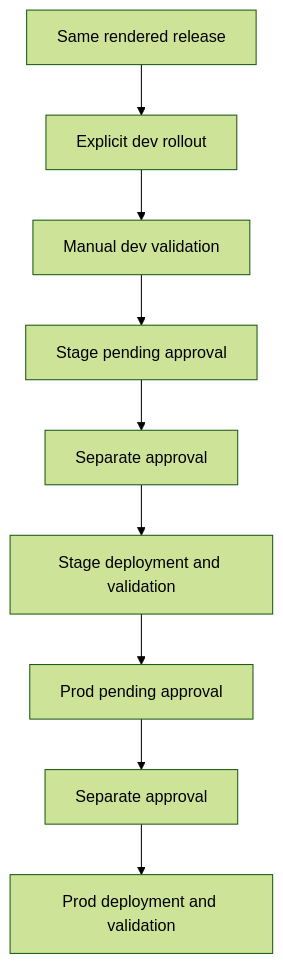
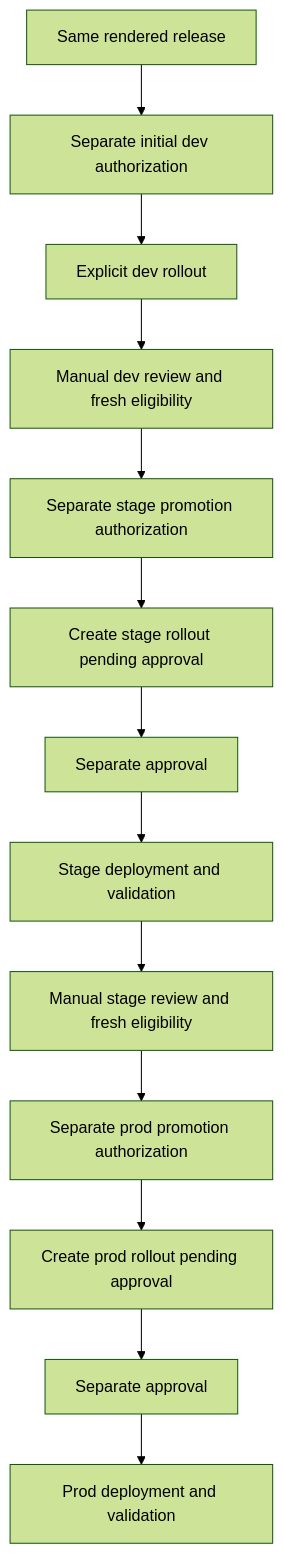
The third of 5 diagrams in docs/diagrams/README.md (DimitryZH/secure-delivery-platform), drawn with Mermaid (forest theme) before and after one commit. The commit also changed other lines of this file and 9 other files, not shown here.

````diff
--- a/docs/diagrams/README.md
+++ b/docs/diagrams/README.md
@@ -39,11 +39,15 @@
 ```mermaid
 flowchart TB
-    Release[Same rendered release] --> Dev[Explicit dev rollout]
-    Dev --> Review[Manual dev validation]
-    Review --> StagePending[Stage pending approval]
+    Release[Same rendered release] --> DevAuthorization[Separate initial dev authorization]
+    DevAuthorization --> Dev[Explicit dev rollout]
+    Dev --> Review[Manual dev review and fresh eligibility]
+    Review --> StageAuthorization[Separate stage promotion authorization]
+    StageAuthorization --> StagePending[Create stage rollout pending approval]
     StagePending --> StageApproval[Separate approval]
     StageApproval --> Stage[Stage deployment and validation]
-    Stage --> ProdPending[Prod pending approval]
+    Stage --> ProdReview[Manual stage review and fresh eligibility]
+    ProdReview --> ProdAuthorization[Separate prod promotion authorization]
+    ProdAuthorization --> ProdPending[Create prod rollout pending approval]
     ProdPending --> ProdApproval[Separate approval]
     ProdApproval --> Prod[Prod deployment and validation]
 ```
````
